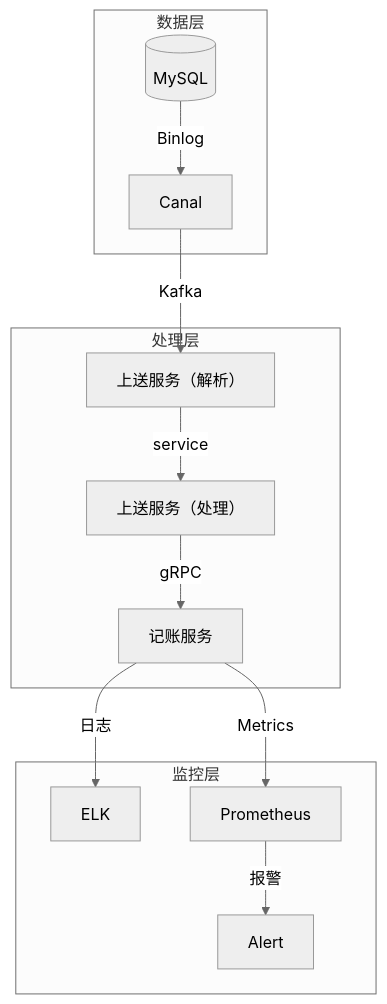
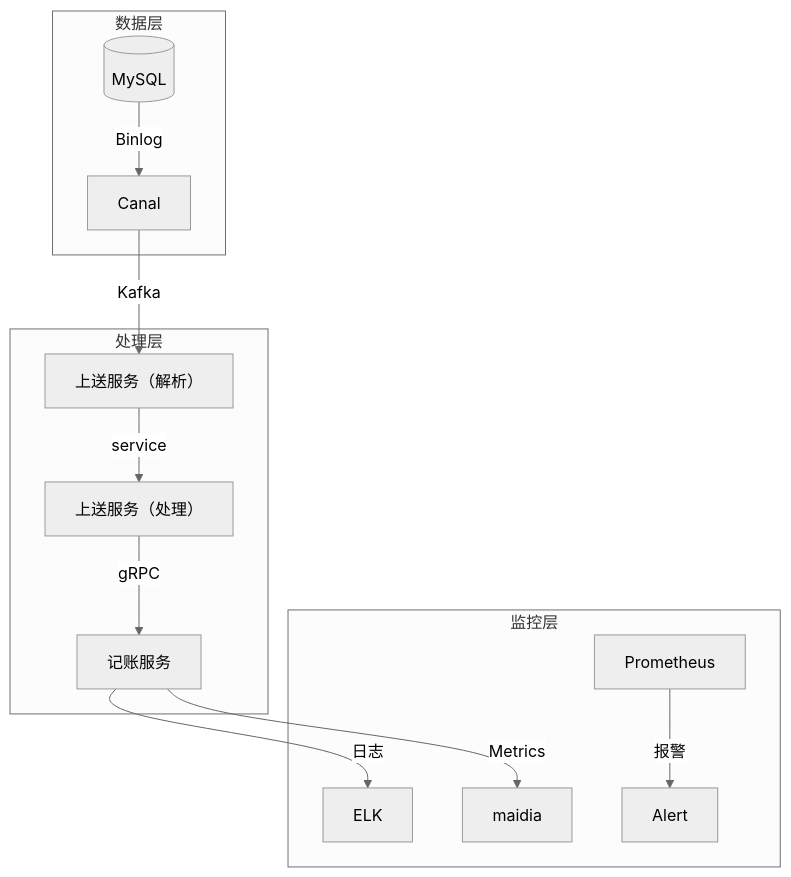
Before and after one commit to 87828943/iodraw-files: the diagram in all/未命名.md, drawn with Mermaid (neutral theme).

Commit message:
2025-07-01 10:41:58 update

````diff
--- a/all/未命名.md
+++ b/all/未命名.md
@@ -1,16 +1,16 @@
 ```mermaid
 graph TB
     subgraph 数据层
         DB[(MySQL)] -->|Binlog| Canal
     end
     subgraph 处理层
         Canal -->|Kafka| Parser[上送服务（解析）]
         Parser -->|service| Engine[上送服务（处理）]
         Engine -->|gRPC| Accounting[记账服务]
     end
     subgraph 监控层
         Accounting -->|日志| ELK
-        Accounting -->|Metrics| Prometheus
+        Accounting -->|Metrics| maidia
         Prometheus -->|报警| Alert
     end
 ```
````
